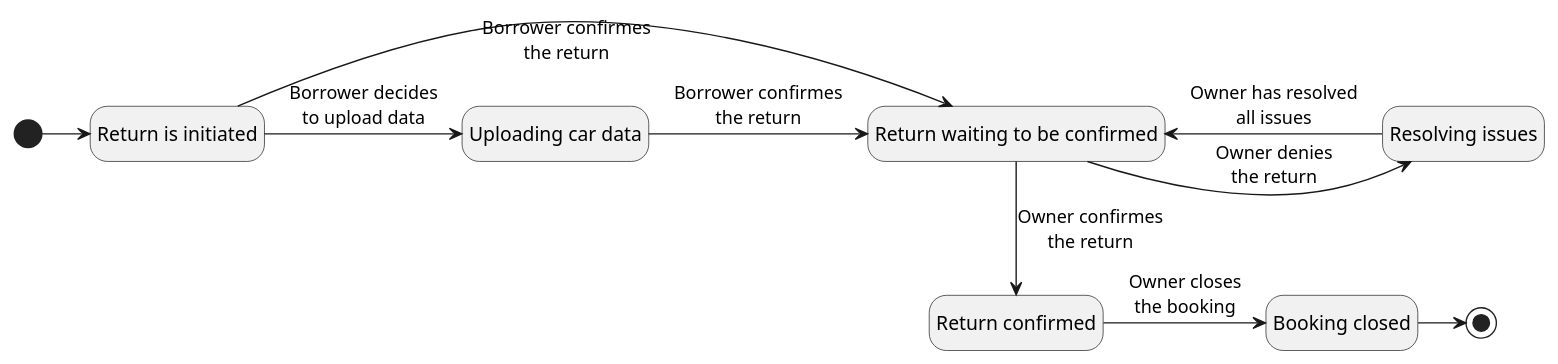
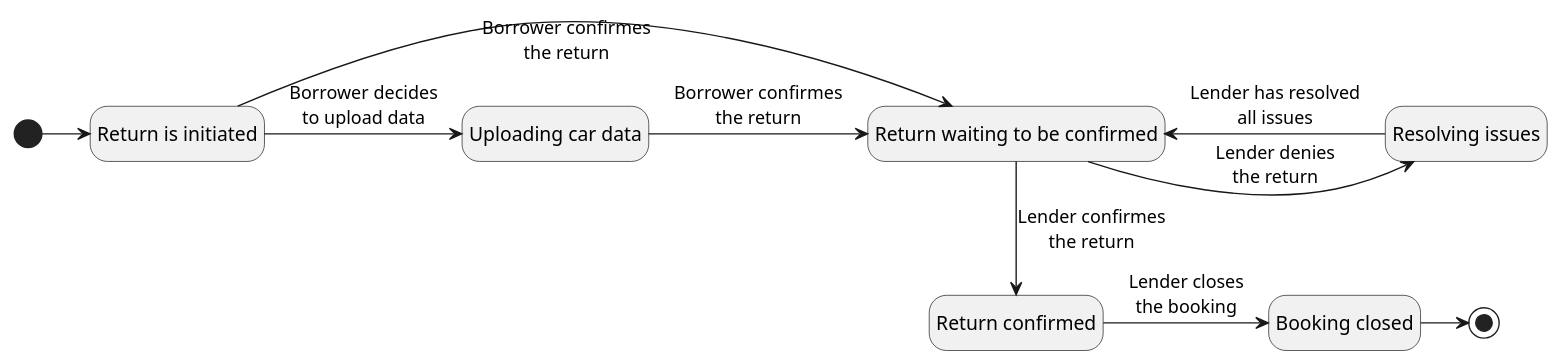
One commit to bruzla/NSWI041 changed the diagram in usecase_diagram/state_diagram/uc-010 machine state.plantuml. Above: the diagram before and after it, drawn with PlantUML. The commit also changed 1 other file, not shown here.

Commit message:
UC 10 machine state diagram updated

```diff
--- a/usecase_diagram/state_diagram/uc-010 machine state.plantuml
+++ b/usecase_diagram/state_diagram/uc-010 machine state.plantuml
@@ -1,24 +1,24 @@
 @startuml
 hide empty description
 
 state "Return is initiated" as ReturnInitialization
 state "Uploading car data" as CarDataUpload
 state "Return waiting to be confirmed" as ReturnWaits
 
 state "Return confirmed" as ReturnConfirmed
 state "Booking closed" as BookingClosed
 state "Resolving issues" as ResolvingIssues
 
 
 [*] -> ReturnInitialization
 ReturnInitialization -> CarDataUpload : Borrower decides\nto upload data
 CarDataUpload -> ReturnWaits : Borrower confirmes\nthe return
 ReturnInitialization -> ReturnWaits : Borrower confirmes\nthe return
-ReturnWaits -d-> ReturnConfirmed : Owner confirmes\nthe return
-ReturnWaits -> ResolvingIssues : Owner denies\nthe return
-ResolvingIssues -> ReturnWaits : Owner has resolved\nall issues
+ReturnWaits -d-> ReturnConfirmed : Lender confirmes\nthe return
+ReturnWaits -> ResolvingIssues : Lender denies\nthe return
+ResolvingIssues -> ReturnWaits : Lender has resolved\nall issues
 
-ReturnConfirmed -> BookingClosed : Owner closes\nthe booking
+ReturnConfirmed -> BookingClosed : Lender closes\nthe booking
 
 BookingClosed ->[*]
 @enduml
```
